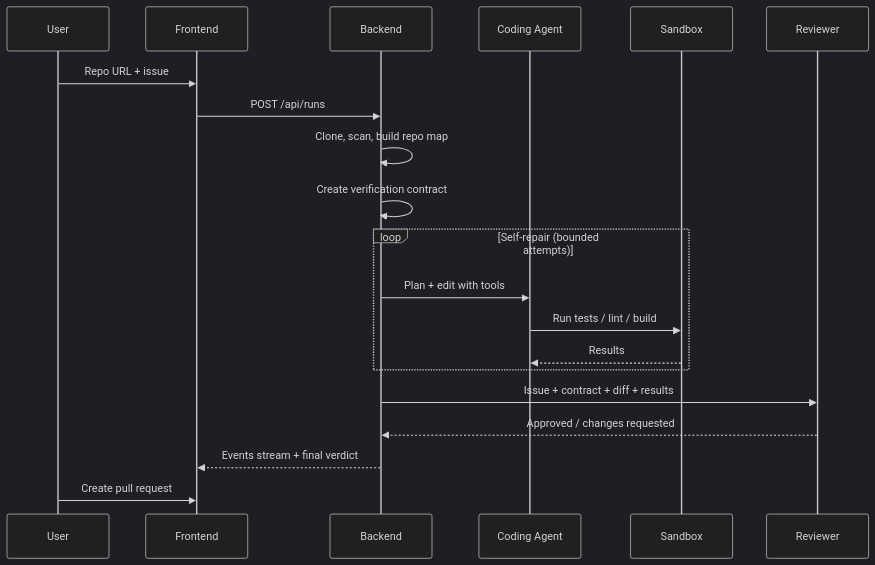
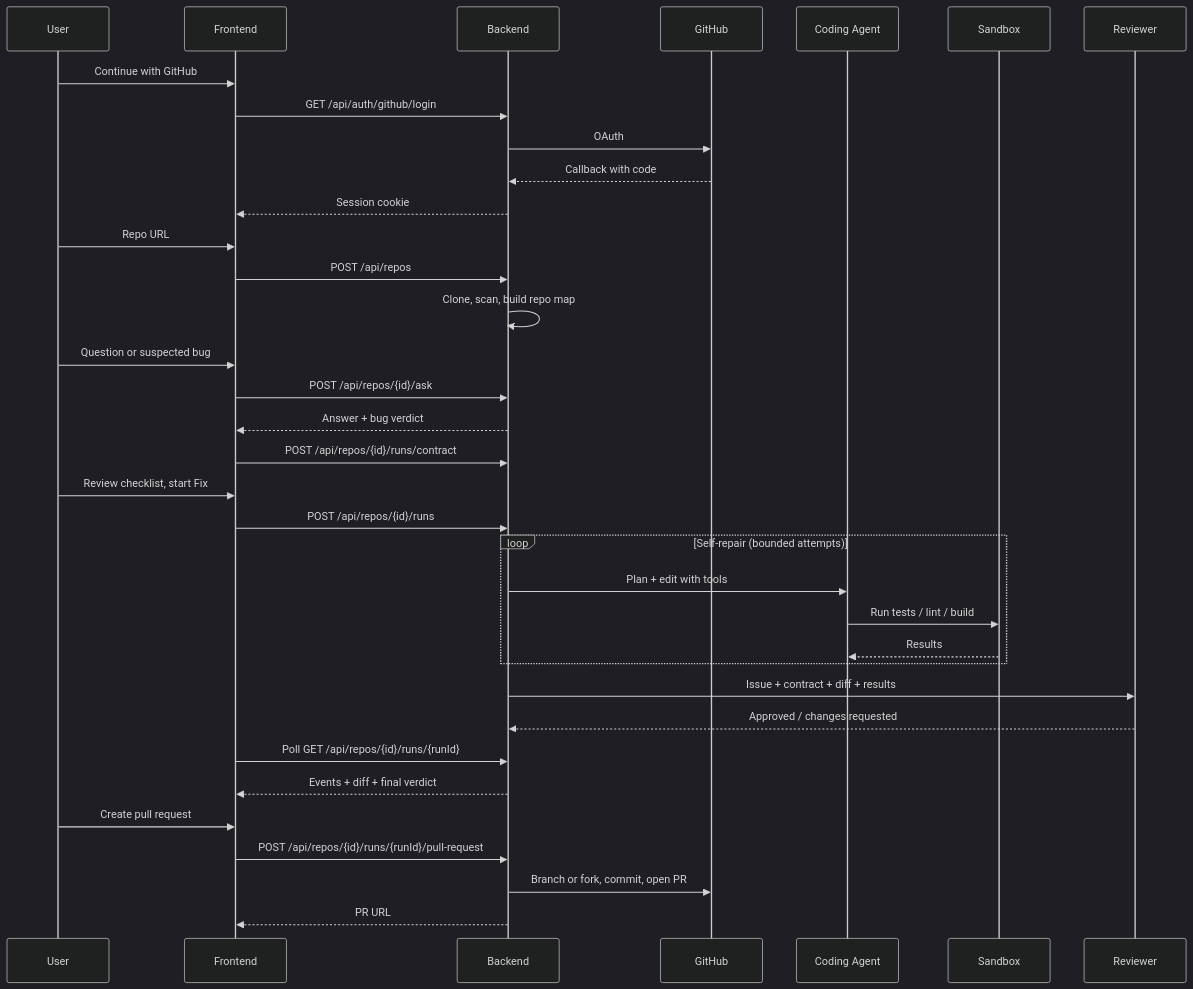
Before and after one commit to Muzammil327/PatchPilot-: the third of 3 diagrams in architecture.md, drawn with Mermaid (dark theme). The commit also changed other lines of this file and 1 other file, not shown here.

````diff
--- a/architecture.md
+++ b/architecture.md
@@ -39,22 +83,37 @@
 ```mermaid
 sequenceDiagram
     participant U as User
     participant F as Frontend
     participant B as Backend
+    participant G as GitHub
     participant A as Coding Agent
     participant S as Sandbox
     participant R as Reviewer
-    U->>F: Repo URL + issue
-    F->>B: POST /api/runs
+    U->>F: Continue with GitHub
+    F->>B: GET /api/auth/github/login
+    B->>G: OAuth
+    G-->>B: Callback with code
+    B-->>F: Session cookie
+    U->>F: Repo URL
+    F->>B: POST /api/repos
     B->>B: Clone, scan, build repo map
-    B->>B: Create verification contract
+    U->>F: Question or suspected bug
+    F->>B: POST /api/repos/{id}/ask
+    B-->>F: Answer + bug verdict
+    F->>B: POST /api/repos/{id}/runs/contract
+    U->>F: Review checklist, start Fix
+    F->>B: POST /api/repos/{id}/runs
     loop Self-repair (bounded attempts)
         B->>A: Plan + edit with tools
         A->>S: Run tests / lint / build
         S-->>A: Results
     end
     B->>R: Issue + contract + diff + results
     R-->>B: Approved / changes requested
-    B-->>F: Events stream + final verdict
+    F->>B: Poll GET /api/repos/{id}/runs/{runId}
+    B-->>F: Events + diff + final verdict
     U->>F: Create pull request
+    F->>B: POST /api/repos/{id}/runs/{runId}/pull-request
+    B->>G: Branch or fork, commit, open PR
+    B-->>F: PR URL
 ```
````
